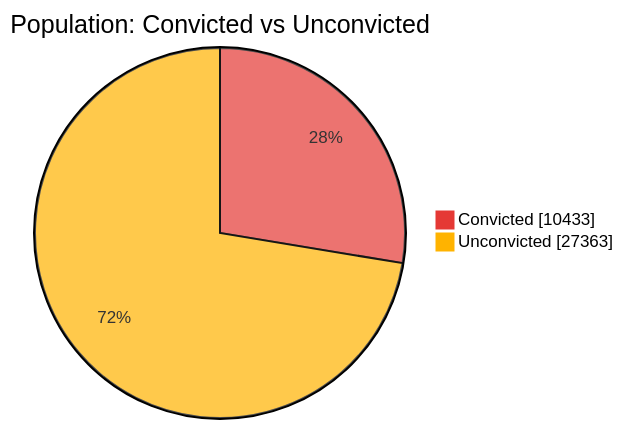
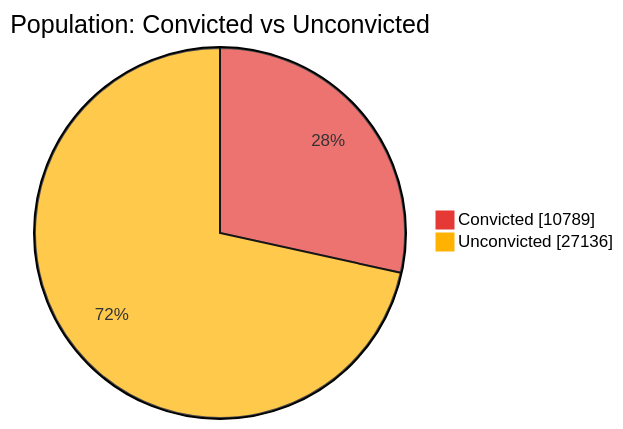
One commit to nuuuwan/lk_prisons changed the first of 7 diagrams in README.md. Above: the diagram before and after it, drawn with Mermaid. The commit also changed other lines of this file and 1 other file, not shown here.

````diff
--- a/README.md
+++ b/README.md
@@ -43,6 +43,6 @@
 ```mermaid
 %%{init: {'themeVariables': {'pie1': '#E53935', 'pie2': '#FFB300'}}}%%
 pie showData title Population: Convicted vs Unconvicted
-    "Convicted" : 10433
-    "Unconvicted" : 27363
+    "Convicted" : 10789
+    "Unconvicted" : 27136
 ```
````
